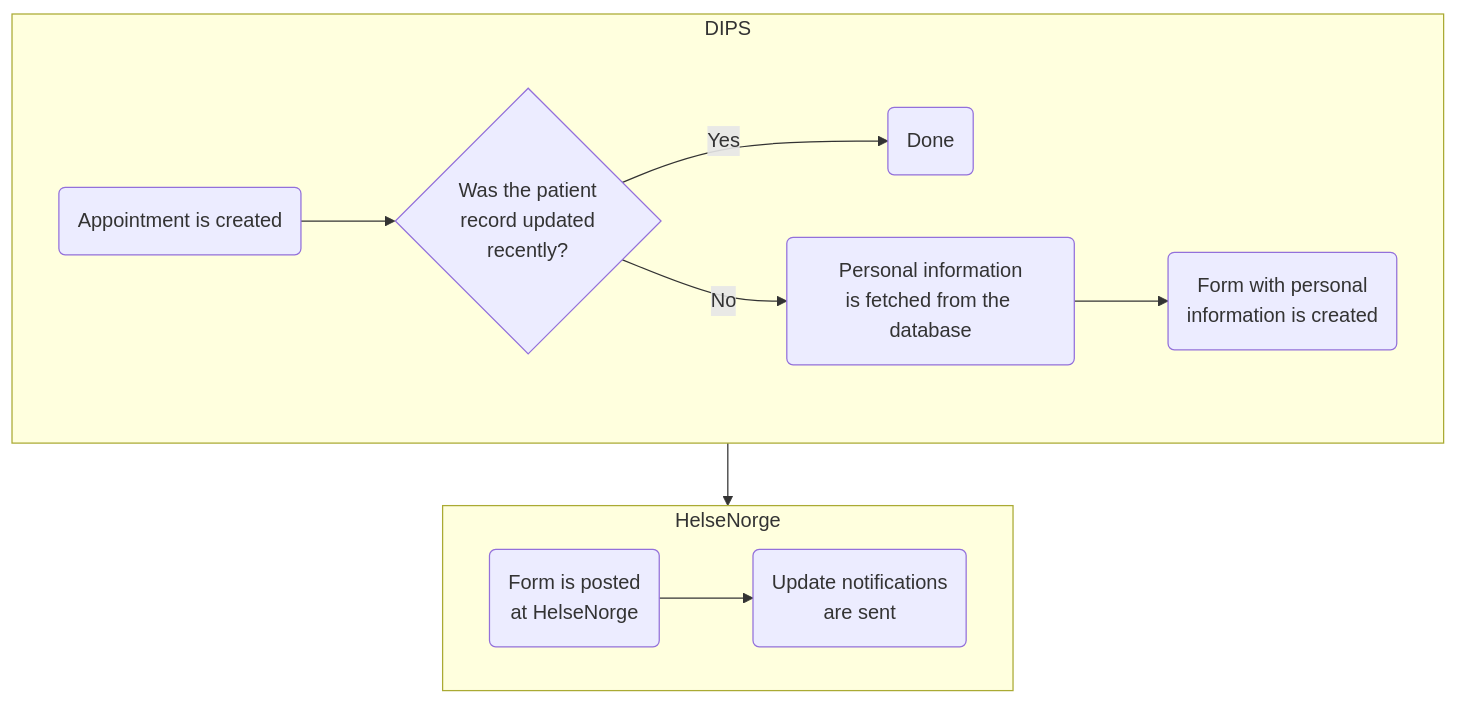
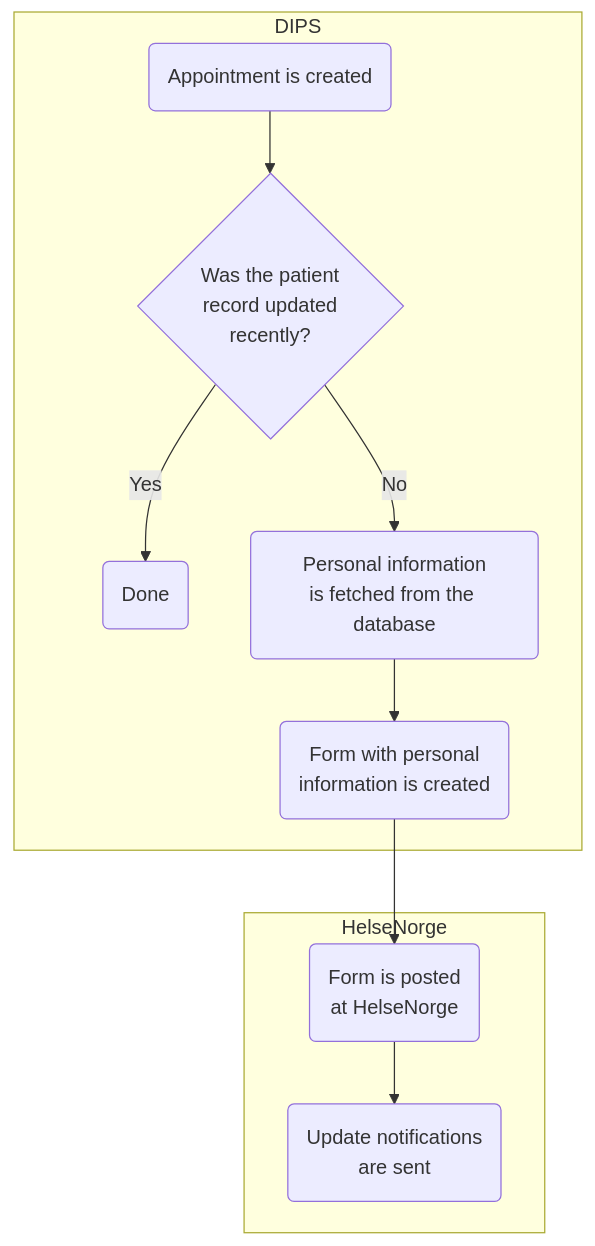
One commit to oleksii-nikolaienko/Eitri_OpenDIPS changed the first of 2 diagrams in Flow.md. Above: the diagram before and after it, drawn with Mermaid.

````diff
--- a/Flow.md
+++ b/Flow.md
@@ -1,16 +1,14 @@
 ```mermaid
-  flowchart TB;
+  flowchart TB
       subgraph DIPS
-        direction LR;
-        create_appoint(Appointment is created)-->when_updated{Was the patient\nrecord updated\nrecently?};
-        when_updated -- Yes --> done(Done);
-        when_updated -- No --> fetch_info(Personal information\nis fetched from the database);
-        fetch_info --> create_form(Form with personal\ninformation is created);
+        create_appoint(Appointment is created)-->when_updated{Was the patient\nrecord updated\nrecently?}
+        when_updated -- Yes --> done(Done)
+        when_updated -- No --> fetch_info(Personal information\nis fetched from the database)
+        fetch_info --> create_form(Form with personal\ninformation is created)
       end
       subgraph HelseNorge
-        direction LR;
-        create_form --> post_form(Form is posted\nat HelseNorge);
-        post_form --> notify(Update notifications\nare sent);
+        create_form --> post_form(Form is posted\nat HelseNorge)
+        post_form --> notify(Update notifications\nare sent)
         
       end
 ```
````
